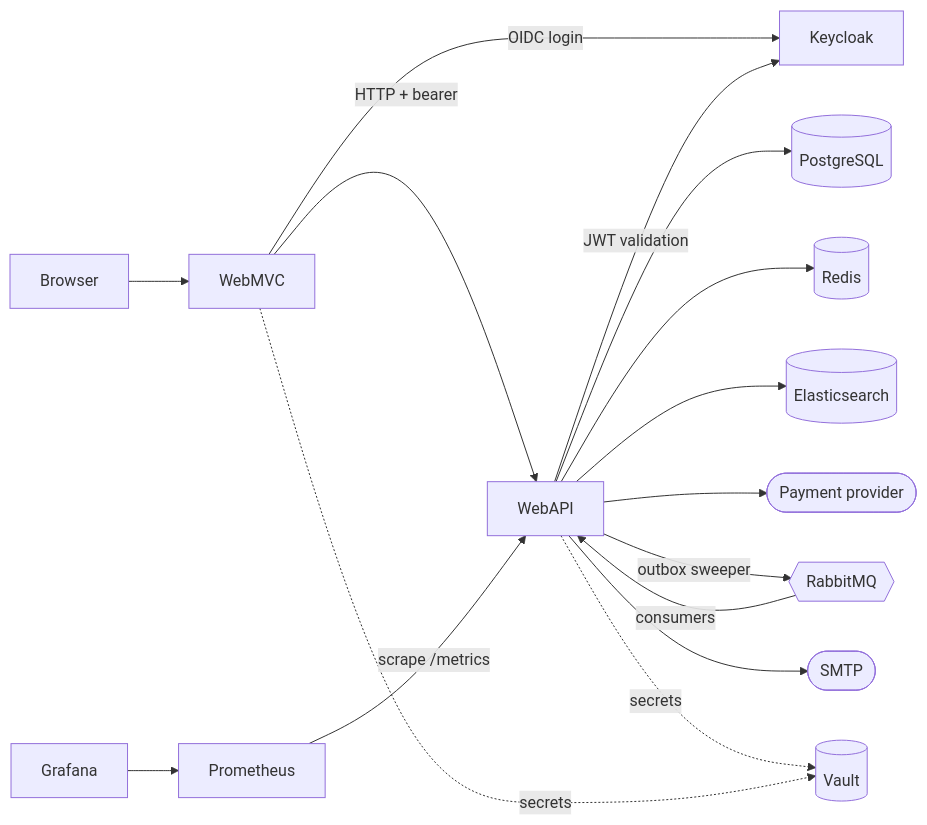
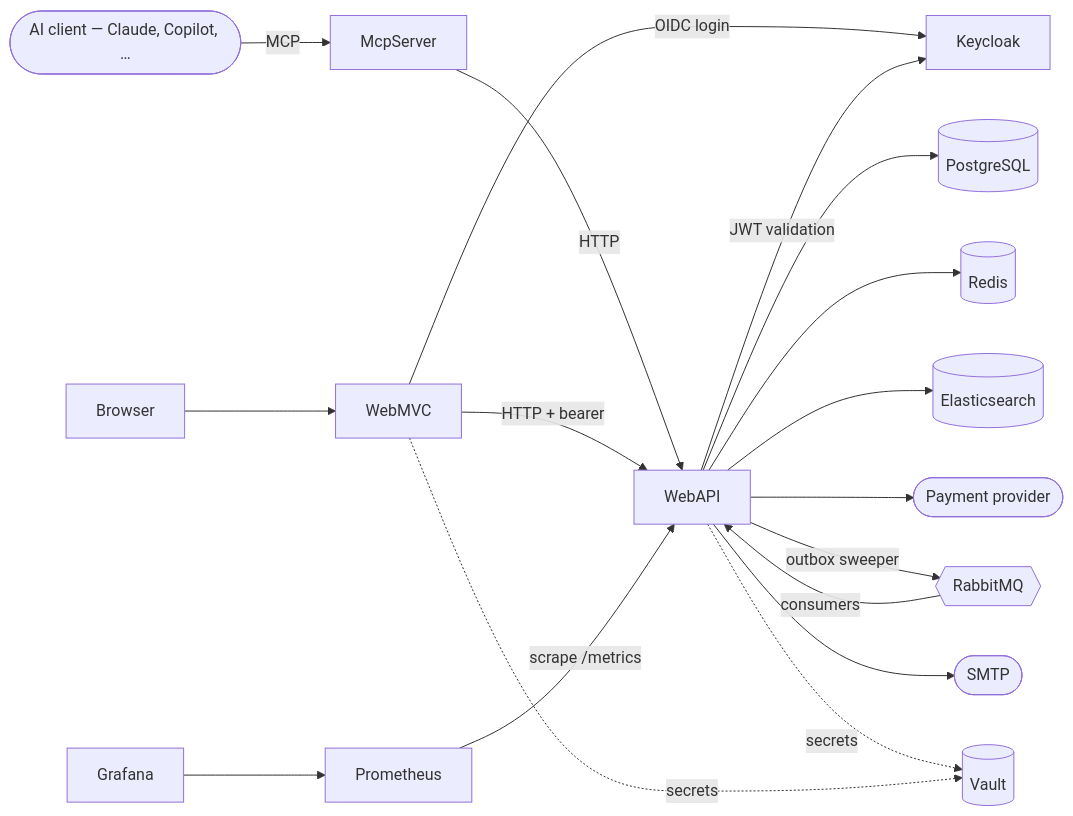
Before and after one commit to furkanpasaoglu/StadiaPass: the first of 2 diagrams in README.md, drawn with Mermaid. The commit also changed other lines of this file and 14 other files, not shown here.

Commit message:
feat(mcp): publish the public catalogue as an MCP server for AI clients

````diff
--- a/README.md
+++ b/README.md
@@ -109,18 +111,20 @@
 ```mermaid
 flowchart LR
   Browser --> WebMVC
+  AI([AI client — Claude, Copilot, …]) -->|MCP| McpServer
+  McpServer -->|HTTP| WebAPI
   WebMVC -->|HTTP + bearer| WebAPI
   WebMVC -->|OIDC login| Keycloak
   WebAPI -->|JWT validation| Keycloak
   WebAPI --> Postgres[(PostgreSQL)]
   WebAPI --> Redis[(Redis)]
   WebAPI --> Elastic[(Elasticsearch)]
   WebAPI --> Stripe([Payment provider])
   WebAPI -->|outbox sweeper| Rabbit{{RabbitMQ}}
   Rabbit -->|consumers| WebAPI
   WebAPI --> SMTP([SMTP])
   WebAPI -.secrets.-> Vault[(Vault)]
   WebMVC -.secrets.-> Vault
   Prometheus -->|scrape /metrics| WebAPI
   Grafana --> Prometheus
 ```
````
